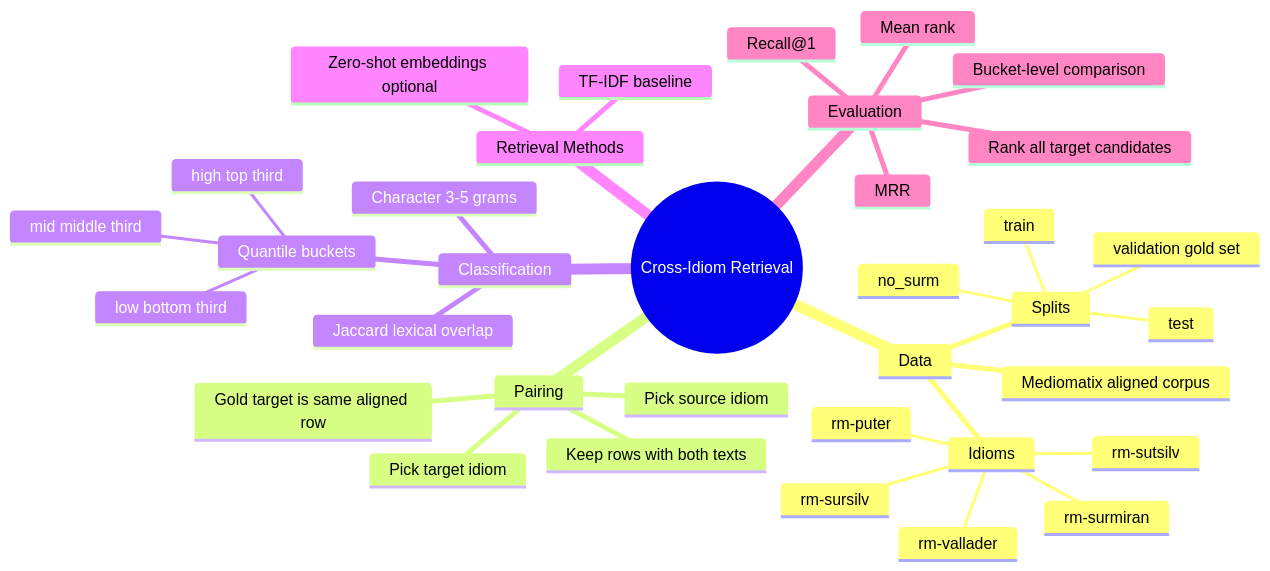
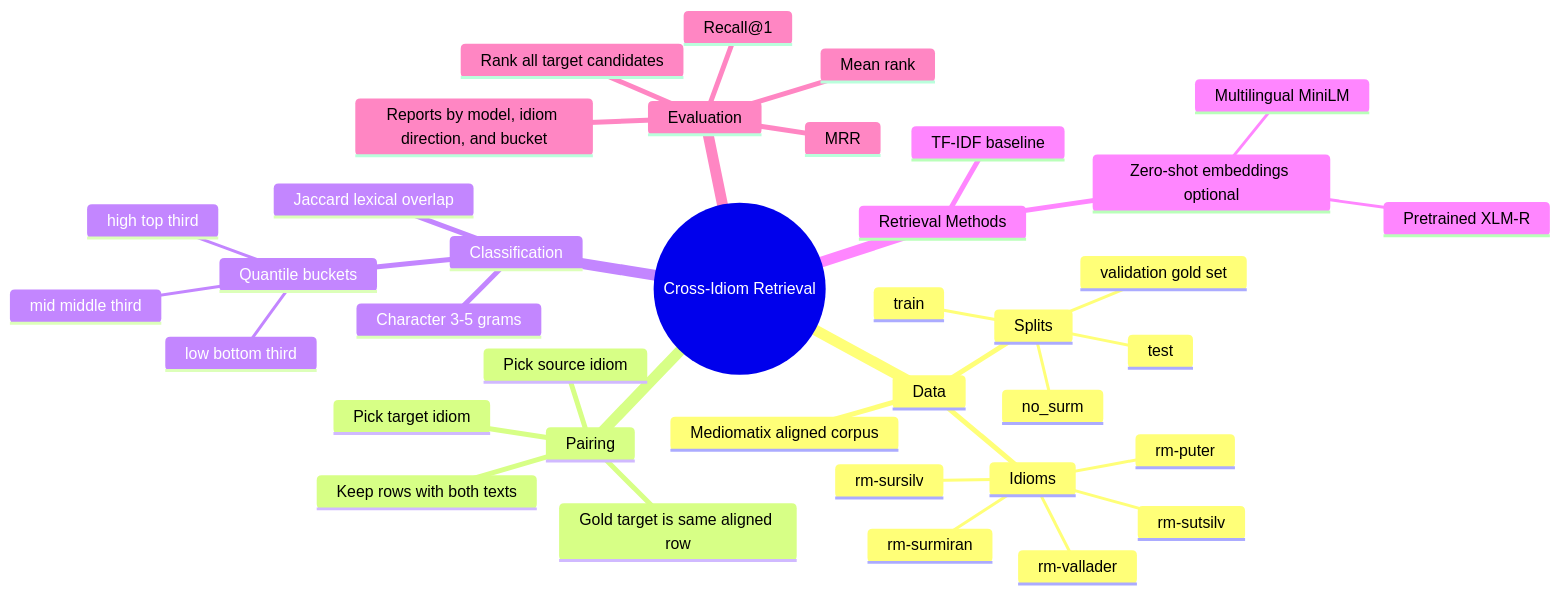
One commit to dirgnic/Zero-Shot_Semantic_Retrieval changed the first of 3 diagrams in docs/diagrams/retrieval_pipeline.md. Above: the diagram before and after it, drawn with Mermaid. The commit also changed other lines of this file and 2 other files, not shown here.

First line of the commit message:
Update retrieval diagrams for MiniLM and pretrained XLM-R

````diff
--- a/docs/diagrams/retrieval_pipeline.md
+++ b/docs/diagrams/retrieval_pipeline.md
@@ -11,38 +11,40 @@
 ```mermaid
 mindmap
   root((Cross-Idiom Retrieval))
     Data
       Mediomatix aligned corpus
       Splits
         train
         validation gold set
         test
         no_surm
       Idioms
         rm-sursilv
         rm-sutsilv
         rm-surmiran
         rm-puter
         rm-vallader
     Pairing
       Pick source idiom
       Pick target idiom
       Keep rows with both texts
       Gold target is same aligned row
     Classification
       Character 3-5 grams
       Jaccard lexical overlap
       Quantile buckets
         low bottom third
         mid middle third
         high top third
     Retrieval Methods
       TF-IDF baseline
       Zero-shot embeddings optional
+        Multilingual MiniLM
+        Pretrained XLM-R
     Evaluation
       Rank all target candidates
       Recall@1
       MRR
       Mean rank
-      Bucket-level comparison
+      Reports by model, idiom direction, and bucket
 ```
````
